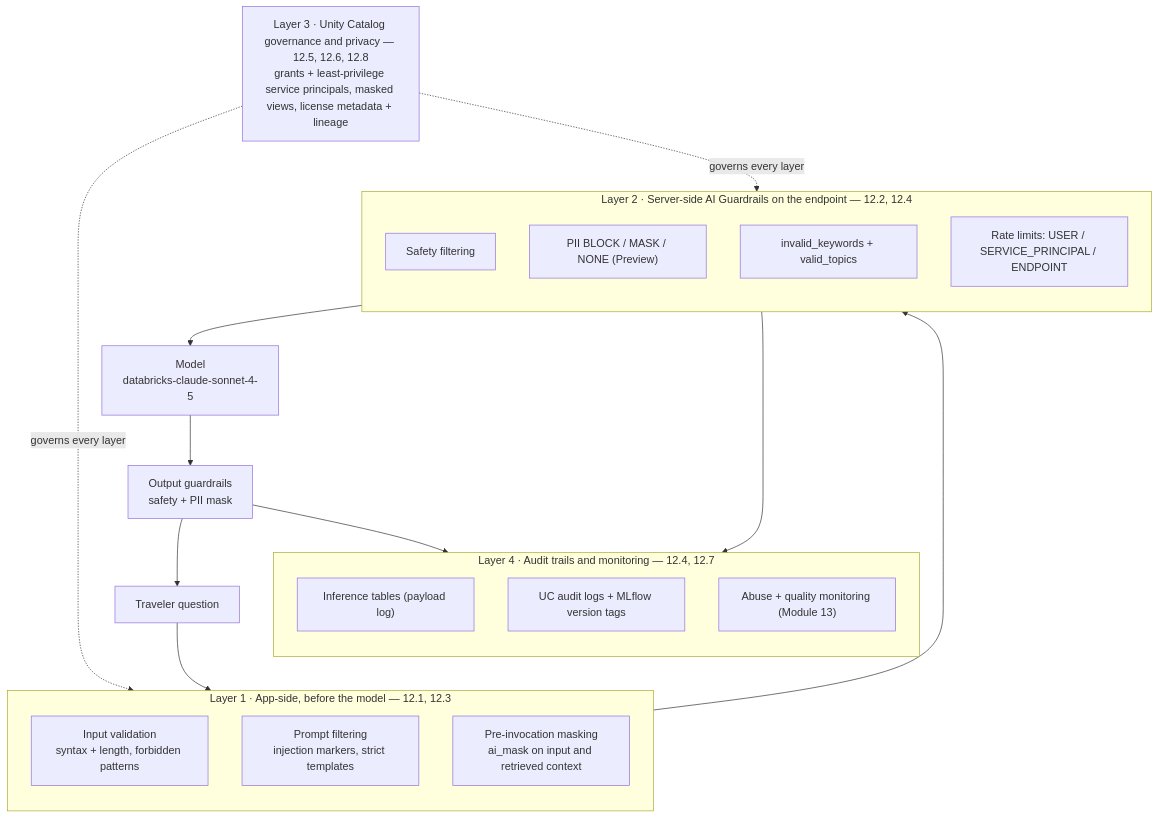
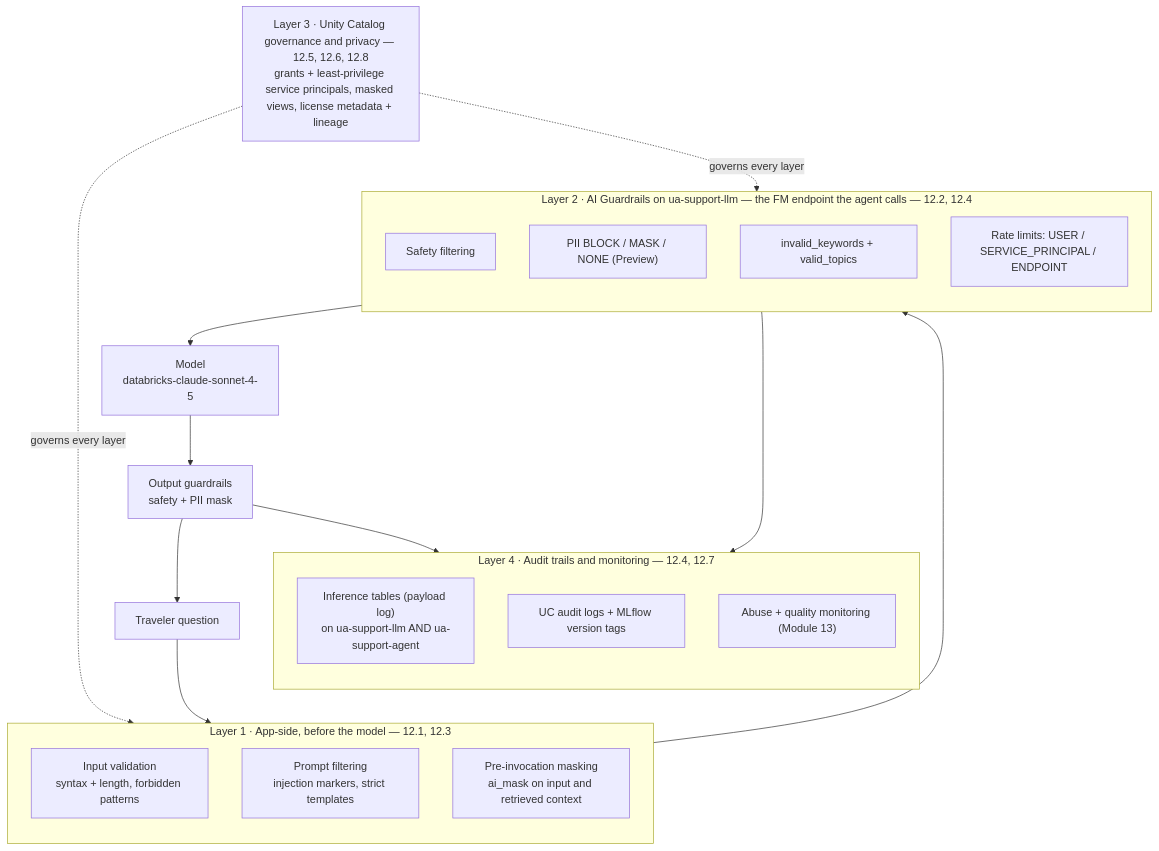
Before and after one commit to Sourav692/9.-Databricks-Generative-AI_-End-to-End: the first of 2 diagrams in modules/12-responsible-genai/module.md, drawn with Mermaid. The commit also changed other lines of this file and 34 other files, not shown here.

````diff
--- a/modules/12-responsible-genai/module.md
+++ b/modules/12-responsible-genai/module.md
@@ -73,30 +73,30 @@
 ```mermaid
 flowchart TB
   U["Traveler question"]
   subgraph L1["Layer 1 · App-side, before the model — 12.1, 12.3"]
     direction TB
     IV["Input validation<br/>syntax + length, forbidden patterns"]
     PF["Prompt filtering<br/>injection markers, strict templates"]
     MK["Pre-invocation masking<br/>ai_mask on input and retrieved context"]
   end
-  subgraph L2["Layer 2 · Server-side AI Guardrails on the endpoint — 12.2, 12.4"]
+  subgraph L2["Layer 2 · AI Guardrails on ua-support-llm — the FM endpoint the agent calls — 12.2, 12.4"]
     direction TB
     SF["Safety filtering"]
     PII["PII BLOCK / MASK / NONE (Preview)"]
     KT["invalid_keywords + valid_topics"]
     RL["Rate limits: USER / SERVICE_PRINCIPAL / ENDPOINT"]
   end
   subgraph L4["Layer 4 · Audit trails and monitoring — 12.4, 12.7"]
     direction TB
-    IT["Inference tables (payload log)"]
+    IT["Inference tables (payload log)<br/>on ua-support-llm AND ua-support-agent"]
     AU["UC audit logs + MLflow version tags"]
     MO["Abuse + quality monitoring (Module 13)"]
   end
   L3["Layer 3 · Unity Catalog governance and privacy — 12.5, 12.6, 12.8<br/>grants + least-privilege service principals, masked views, license metadata + lineage"]
   U --> L1 --> L2 --> M["Model<br/>databricks-claude-sonnet-4-5"]
   M --> OG["Output guardrails<br/>safety + PII mask"] --> U
   L3 -. "governs every layer" .-> L1
   L3 -. "governs every layer" .-> L2
   L2 --> L4
   OG --> L4
 ```
````
